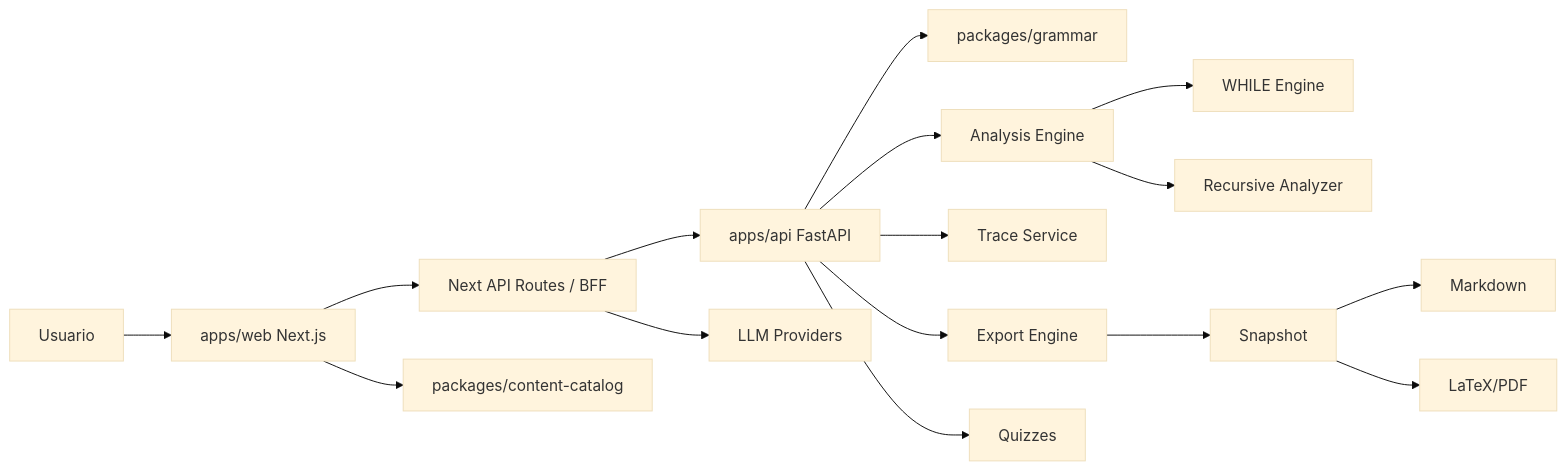
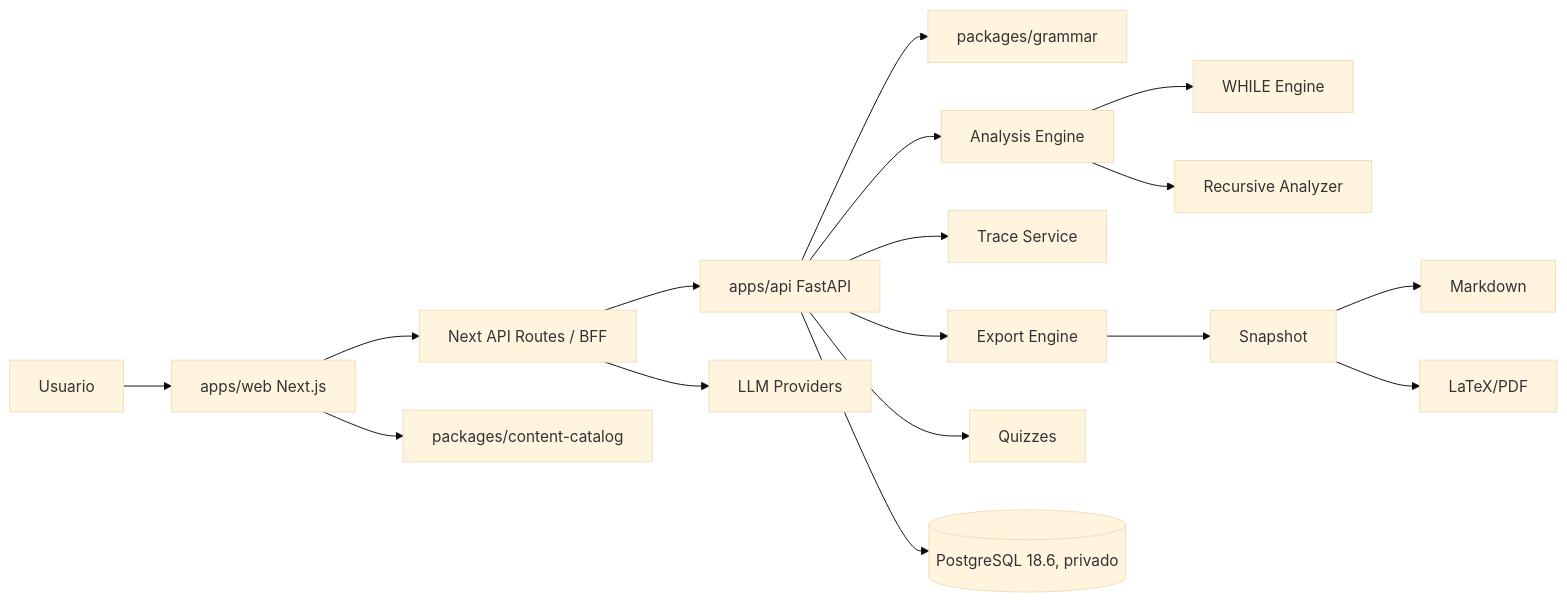
One commit to Cruz1122/aalie changed the diagram in docs/02-architecture/system-architecture.md. Above: the diagram before and after it, drawn with Mermaid (base theme). The commit also changed other lines of this file and 37 other files, not shown here.

Commit message:
feat: Implement PostgreSQL self-hosted infrastructure in OCI

````diff
--- a/docs/02-architecture/system-architecture.md
+++ b/docs/02-architecture/system-architecture.md
@@ -39,18 +39,19 @@
 ```mermaid
 flowchart LR
   U[Usuario] --> W[apps/web Next.js]
   W --> BFF[Next API Routes / BFF]
   BFF --> API[apps/api FastAPI]
   API --> G[packages/grammar]
   API --> A[Analysis Engine]
   A --> WH[WHILE Engine]
   A --> REC[Recursive Analyzer]
   API --> TR[Trace Service]
   API --> EX[Export Engine]
   EX --> SS[Snapshot]
   SS --> MD[Markdown]
   SS --> TEX[LaTeX/PDF]
   API --> Q[Quizzes]
+  API --> PG[(PostgreSQL 18.6, privado)]
   W --> CC[packages/content-catalog]
   BFF --> LLM[LLM Providers]
 ```
````
